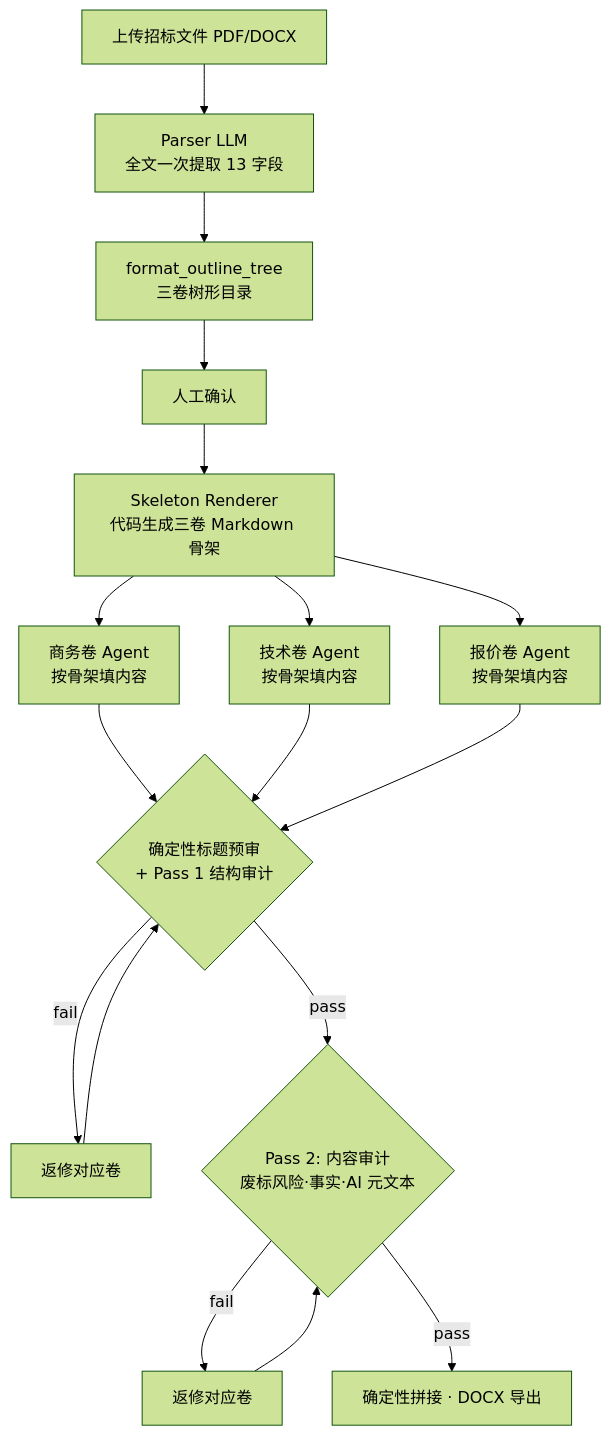
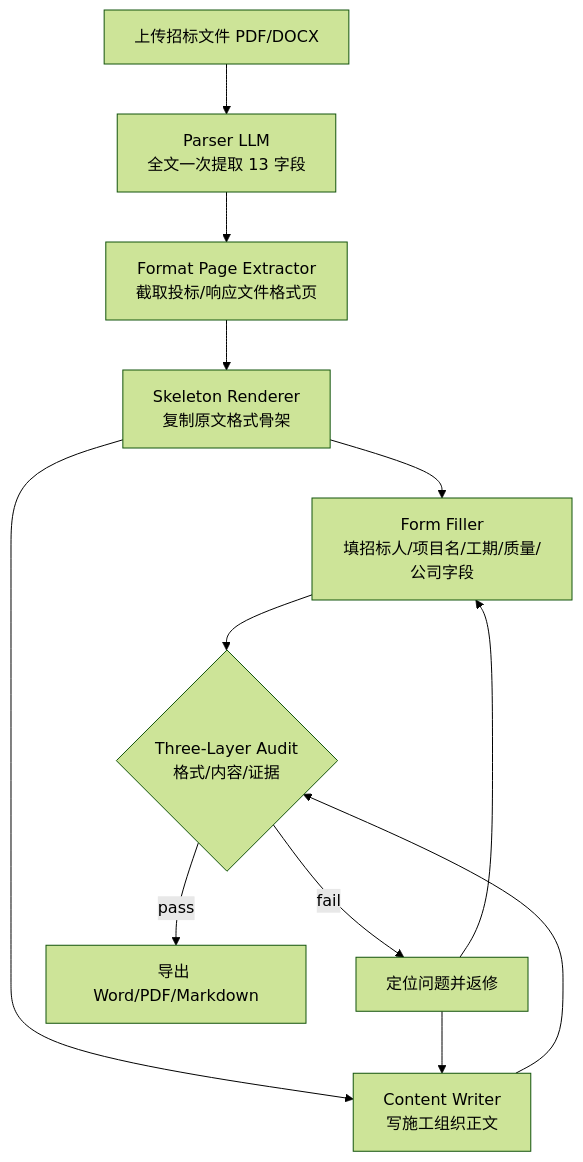
Before and after one commit to fakelilway/TenderDoc-Generator: the diagram in README.md, drawn with Mermaid (forest theme). The commit also changed other lines of this file and 16 other files, not shown here.

````diff
--- a/README.md
+++ b/README.md
@@ -75,19 +75,14 @@
 ```mermaid
 flowchart TD
     U[上传招标文件 PDF/DOCX] --> P[Parser LLM<br/>全文一次提取 13 字段]
-    P --> T[format_outline_tree<br/>三卷树形目录]
-    T --> H[人工确认]
-    H --> S[Skeleton Renderer<br/>代码生成三卷 Markdown 骨架]
-    S --> CA[商务卷 Agent<br/>按骨架填内容]
-    S --> TA[技术卷 Agent<br/>按骨架填内容]
-    S --> PA[报价卷 Agent<br/>按骨架填内容]
-    CA --> A1{确定性标题预审<br/>+ Pass 1 结构审计}
-    TA --> A1
-    PA --> A1
-    A1 -->|fail| RV[返修对应卷]
-    RV --> A1
-    A1 -->|pass| A2{Pass 2: 内容审计<br/>废标风险·事实·AI 元文本}
-    A2 -->|fail| RV2[返修对应卷]
-    RV2 --> A2
-    A2 -->|pass| E[确定性拼接 · DOCX 导出]
+    P --> F[Format Page Extractor<br/>截取投标/响应文件格式页]
+    F --> S[Skeleton Renderer<br/>复制原文格式骨架]
+    S --> FF[Form Filler<br/>填招标人/项目名/工期/质量/公司字段]
+    S --> CW[Content Writer<br/>写施工组织正文]
+    FF --> A{Three-Layer Audit<br/>格式/内容/证据}
+    CW --> A
+    A -->|fail| R[定位问题并返修]
+    R --> FF
+    R --> CW
+    A -->|pass| E[导出 Word/PDF/Markdown]
 ```
````
